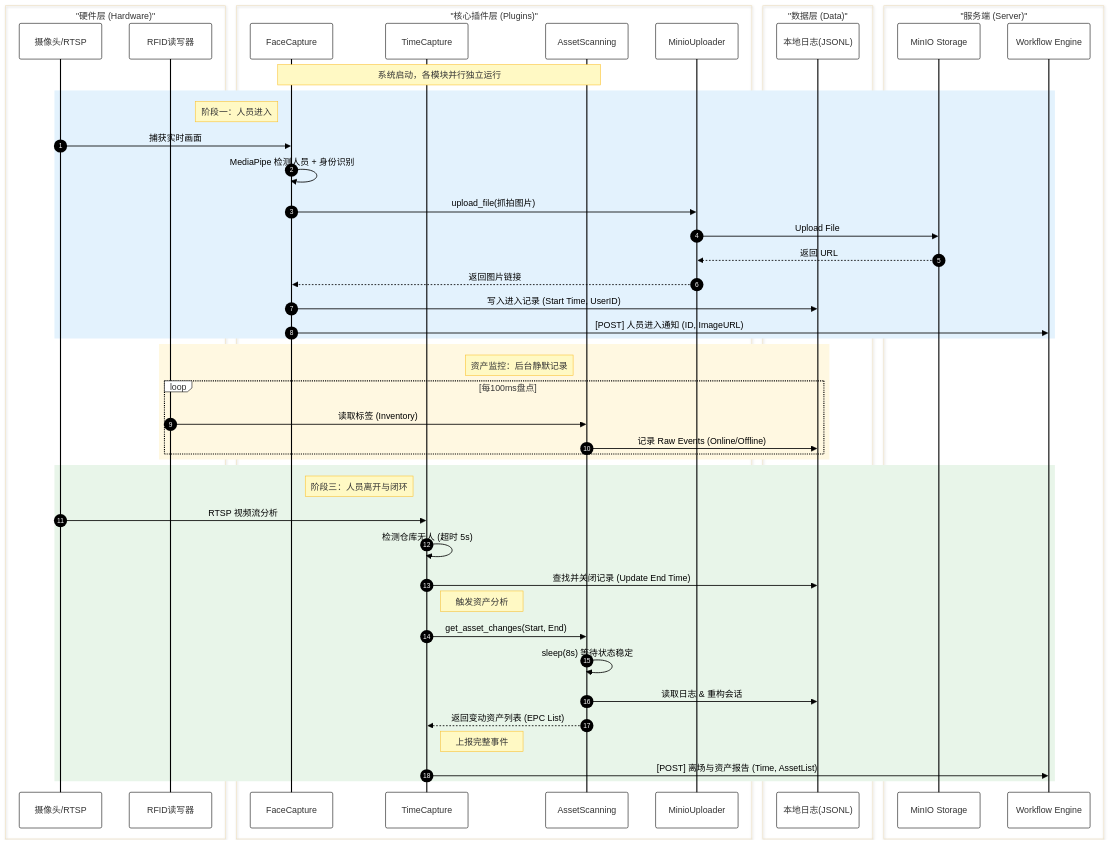
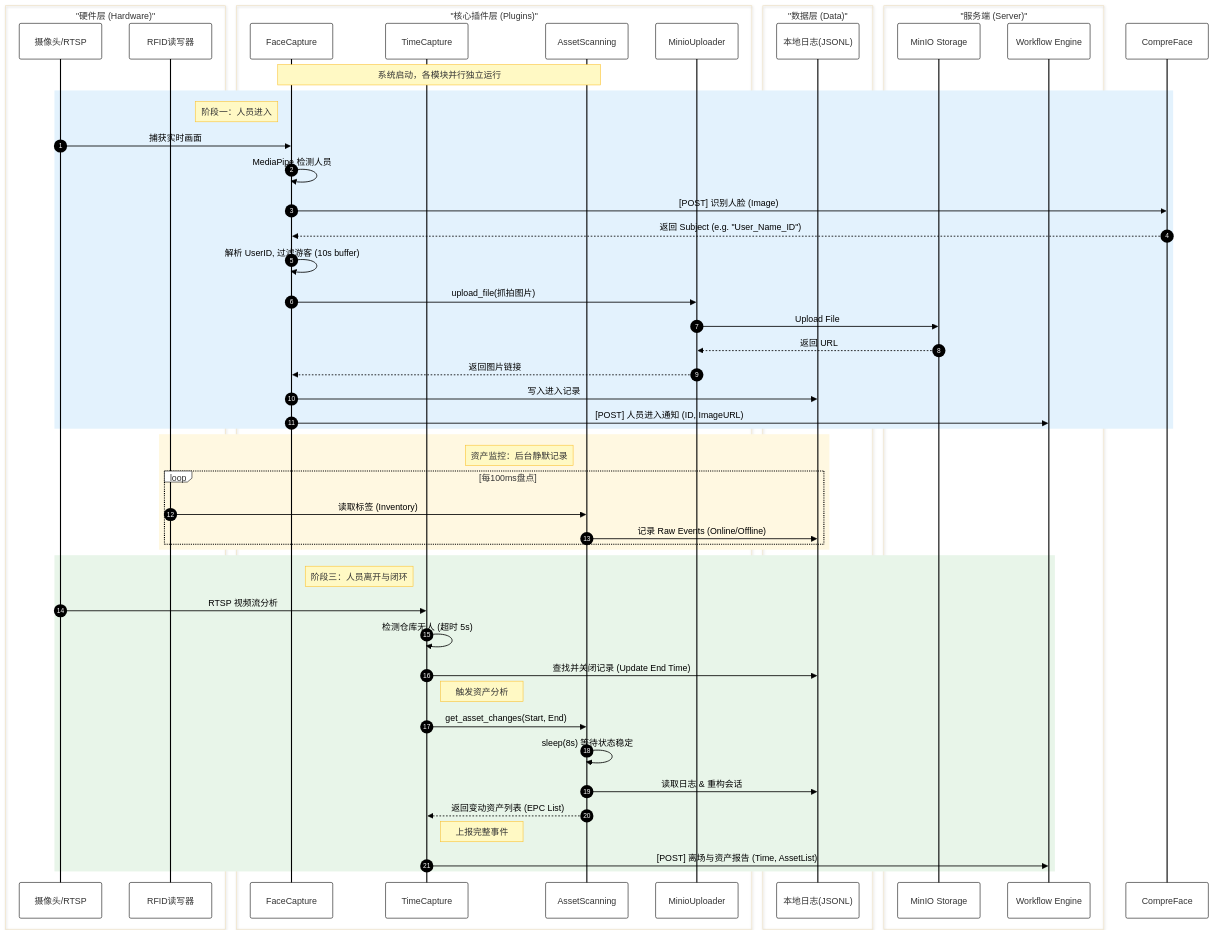
One commit to BorderArea01/warehouse changed the second of 2 diagrams in README.md. Above: the diagram before and after it, drawn with Mermaid. The commit also changed other lines of this file and 3 other files, not shown here.

First line of the commit message:
feat: 集成 CompreFace 人脸识别服务并更新配置

````diff
--- a/README.md
+++ b/README.md
@@ -87,76 +92,80 @@
 ```mermaid
 %%{init: {'theme': 'base', 'themeVariables': { 'fontSize': '18px', 'fontFamily': 'Microsoft YaHei, Arial', 'actorBkg': '#FFFFFF', 'actorBorder': '#000000', 'signalColor': '#000000', 'signalTextColor': '#000000', 'noteBkgColor': '#FFF9C4', 'noteBorderColor': '#FBC02D' }}}%%
 sequenceDiagram
     autonumber
     
     box "硬件层 (Hardware)" #F5F5F5
         participant Cam as 摄像头/RTSP
         participant RFID as RFID读写器
     end
 
     box "核心插件层 (Plugins)" #E3F2FD
         participant Face as FaceCapture
         participant Time as TimeCapture
         participant Asset as AssetScanning
         participant Up as MinioUploader
     end
 
     box "数据层 (Data)" #FFF3E0
         participant Local as 本地日志(JSONL)
     end
 
     box "服务端 (Server)" #E8F5E9
         participant MinIO as MinIO Storage
         participant WF as Workflow Engine
     end
 
     Note over Face, Asset: 系统启动，各模块并行独立运行
 
     %% ============================================================
     %% 阶段一：人员进入流程 (Entry Process)
     %% ============================================================
     rect rgb(227, 242, 253)
         Note left of Face: 阶段一：人员进入
         Cam->>Face: 捕获实时画面
-        Face->>Face: MediaPipe 检测人员 + 身份识别
+        Face->>Face: MediaPipe 检测人员
+        Face->>CompreFace: [POST] 识别人脸 (Image)
+        CompreFace-->>Face: 返回 Subject (e.g. "User_Name_ID")
+        
+        Face->>Face: 解析 UserID, 过滤游客 (10s buffer)
         
         Face->>Up: upload_file(抓拍图片)
         Up->>MinIO: Upload File
         MinIO-->>Up: 返回 URL
         Up-->>Face: 返回图片链接
 
-        Face->>Local: 写入进入记录 (Start Time, UserID)
+        Face->>Local: 写入进入记录
         Face->>WF: [POST] 人员进入通知 (ID, ImageURL)
     end
 
     %% ============================================================
     %% 阶段二：资产监控 (Passive)
     %% ============================================================
     rect rgb(255, 248, 225)
         Note left of Asset: 资产监控：后台静默记录
         loop 每100ms盘点
             RFID->>Asset: 读取标签 (Inventory)
             Asset->>Local: 记录 Raw Events (Online/Offline)
         end
     end
 
     %% ============================================================
     %% 阶段三：人员离开与闭环 (Exit & Analysis)
     %% ============================================================
     rect rgb(232, 245, 233)
         Note left of Time: 阶段三：人员离开与闭环
         Cam->>Time: RTSP 视频流分析
         Time->>Time: 检测仓库无人 (超时 5s)
         
         Time->>Local: 查找并关闭记录 (Update End Time)
         
         Note right of Time: 触发资产分析
         Time->>Asset: get_asset_changes(Start, End)
         Asset->>Asset: sleep(8s) 等待状态稳定
         Asset->>Local: 读取日志 & 重构会话
         Asset-->>Time: 返回变动资产列表 (EPC List)
 
         Note right of Time: 上报完整事件
         Time->>WF: [POST] 离场与资产报告 (Time, AssetList)
     end
 ```
````
